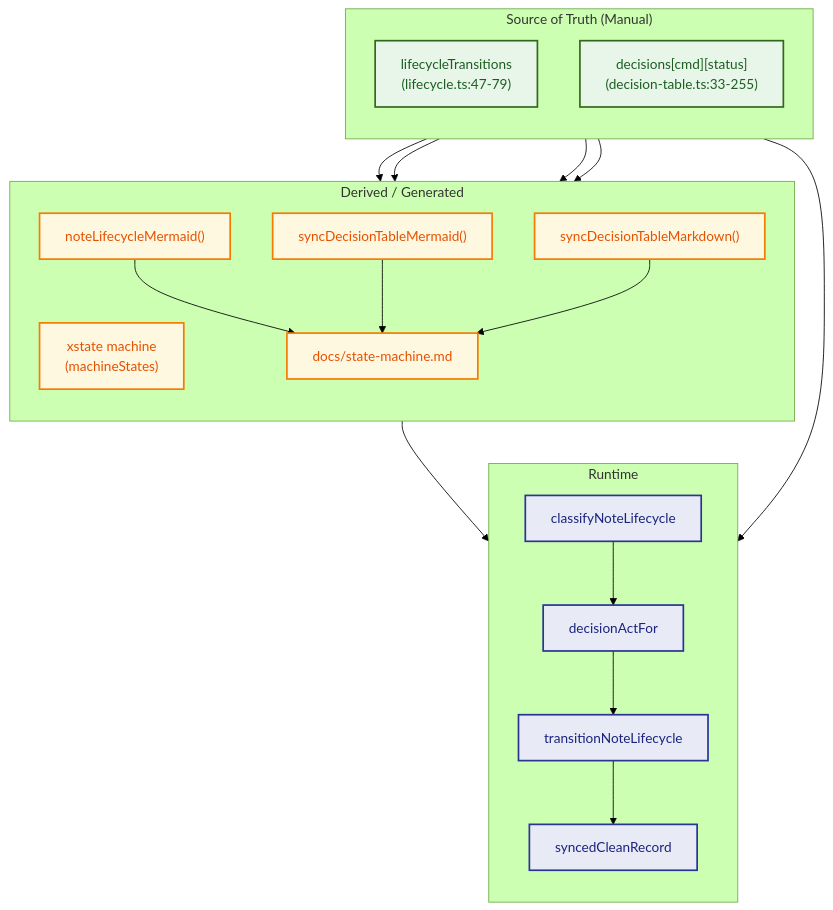
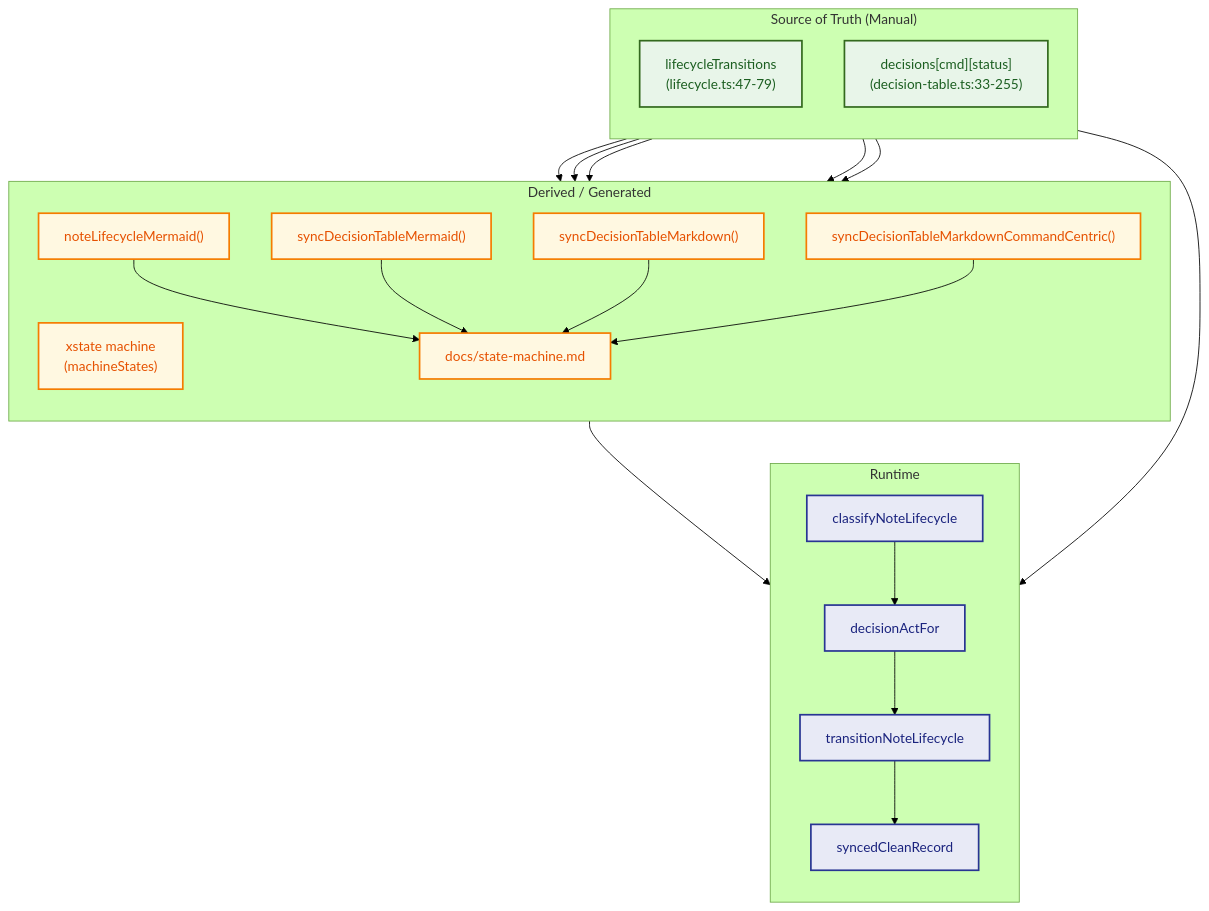
The first of 6 diagrams in docs/state-machine.md (Karol-Szykula/AnkiPalace), drawn with Mermaid (forest theme) before and after one commit. The commit also changed other lines of this file and 1 other file, not shown here.

Commit message:
Update diagrams

````diff
--- a/docs/state-machine.md
+++ b/docs/state-machine.md
@@ -8,46 +8,49 @@
 ```mermaid
 flowchart TB
   subgraph SOURCE["Source of Truth (Manual)"]
     direction TB
     LT["lifecycleTransitions<br/>(lifecycle.ts:47-79)"]
     DT["decisions[cmd][status]<br/>(decision-table.ts:33-255)"]
   end
 
   subgraph GEN["Derived / Generated"]
     direction TB
     XSTATE["xstate machine<br/>(machineStates)"]
     MERMAID_LC["noteLifecycleMermaid()"]
     MERMAID_DT["syncDecisionTableMermaid()"]
     MD_DT["syncDecisionTableMarkdown()"]
+    MD_DT_CMD["syncDecisionTableMarkdownCommandCentric()"]
     DOC["docs/state-machine.md"]
   end
 
   subgraph RUNTIME["Runtime"]
     direction TB
     CLASSIFY["classifyNoteLifecycle"]
     DECIDE["decisionActFor"]
     TRANSIT["transitionNoteLifecycle"]
     LEDGER["syncedCleanRecord"]
   end
 
   LT --> XSTATE
   LT --> MERMAID_LC
   DT --> MERMAID_DT
   DT --> MD_DT
+  DT --> MD_DT_CMD
   DT --> DECIDE
   MERMAID_LC --> DOC
   MERMAID_DT --> DOC
   MD_DT --> DOC
+  MD_DT_CMD --> DOC
   XSTATE --> TRANSIT
   CLASSIFY --> DECIDE
   DECIDE --> TRANSIT
   TRANSIT --> LEDGER
 
   classDef src fill:#e8f5e9,stroke:#33691e,stroke-width:2px,color:#1b5e20;
   classDef gen fill:#fff8e1,stroke:#f57c00,stroke-width:2px,color:#e65100;
   classDef run fill:#e8eaf6,stroke:#283593,stroke-width:2px,color:#1a237e;
   classDef doc fill:#fce4ec,stroke:#ad1457,stroke-width:2px,color:#880e4f;
   class LT,DT src;
-  class XSTATE,MERMAID_LC,MERMAID_DT,MD_DT,DOC gen;
+  class XSTATE,MERMAID_LC,MERMAID_DT,MD_DT,MD_DT_CMD,DOC gen;
   class CLASSIFY,DECIDE,TRANSIT,LEDGER run;
 ```
````
